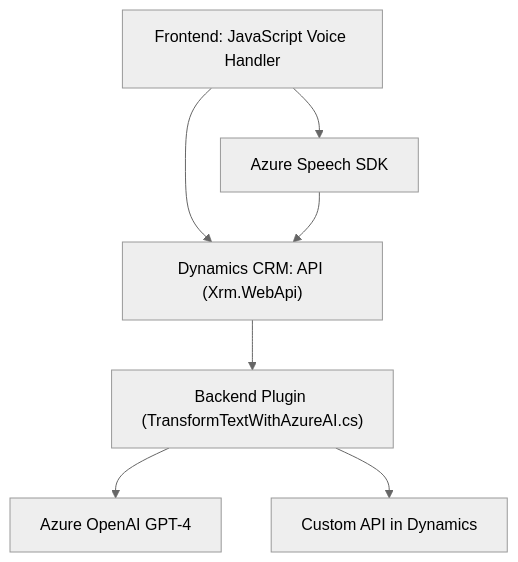
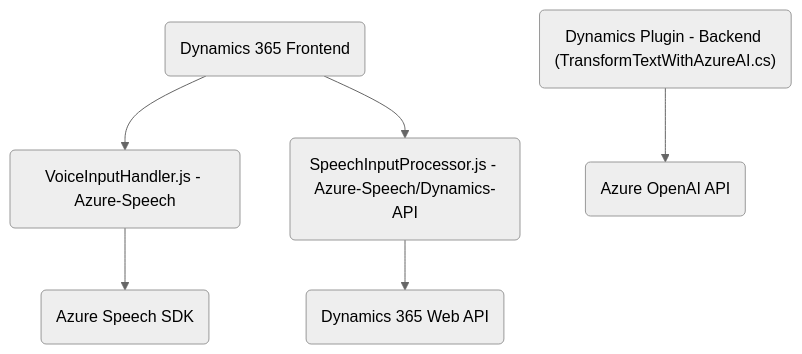
Before and after one commit to blopezdm/NETCORE_BILBAO2025: the diagram in README.md, drawn with Mermaid (neutral theme). The commit also changed other lines of this file, not shown here.

````diff
--- a/README.md
+++ b/README.md
@@ -75,16 +51,16 @@
 ```mermaid
 graph TD
-    A["Frontend: JavaScript Voice Handler"]
-    B["Azure Speech SDK"]
-    C["Dynamics CRM: API (Xrm.WebApi)"]
-    D["Backend Plugin (TransformTextWithAzureAI.cs)"]
-    E["Azure OpenAI GPT-4"]
-    F["Custom API in Dynamics"]
-
+    A("Dynamics 365 Frontend")
+    B("VoiceInputHandler.js - Azure-Speech")
+    C("SpeechInputProcessor.js - Azure-Speech/Dynamics-API")
+    D("Dynamics Plugin - Backend (TransformTextWithAzureAI.cs)")
+    E("Azure OpenAI API")
+    F("Azure Speech SDK")
+    G("Dynamics 365 Web API")
+    
     A --> B
     A --> C
-    B --> C
-    C --> D
     D --> E
-    D --> F
+    C --> G
+    B --> F
 ```
````
